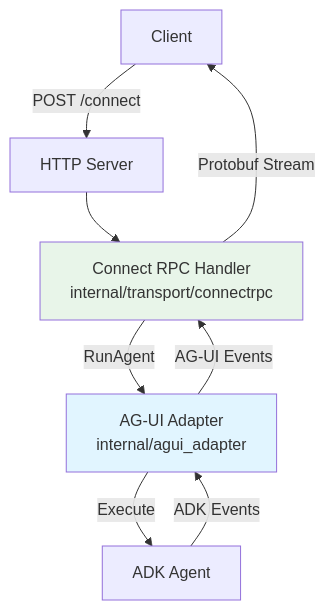
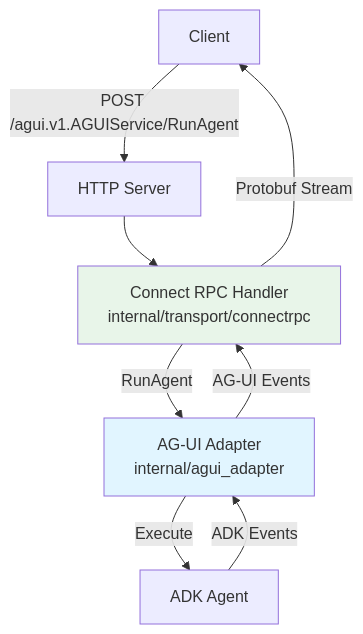
The first of 2 diagrams in agent-go-ag-ui/docs/CONNECT_RPC.md (alejomartinez8/chatbot-demo), drawn with Mermaid before and after one commit. The commit also changed other lines of this file and 15 other files, not shown here.

````diff
--- a/agent-go-ag-ui/docs/CONNECT_RPC.md
+++ b/agent-go-ag-ui/docs/CONNECT_RPC.md
@@ -15,13 +15,13 @@
 ```mermaid
 flowchart TD
-    Client[Client] -->|POST /connect| Server[HTTP Server]
+    Client[Client] -->|POST /agui.v1.AGUIService/RunAgent| Server[HTTP Server]
     Server --> ConnectHandler[Connect RPC Handler<br/>internal/transport/connectrpc]
     ConnectHandler -->|RunAgent| Adapter[AG-UI Adapter<br/>internal/agui_adapter]
     Adapter -->|Execute| ADKAgent[ADK Agent]
     ADKAgent -->|ADK Events| Adapter
     Adapter -->|AG-UI Events| ConnectHandler
     ConnectHandler -->|Protobuf Stream| Client
     
     style Adapter fill:#e1f5ff
     style ConnectHandler fill:#e8f5e9
 ```
````
